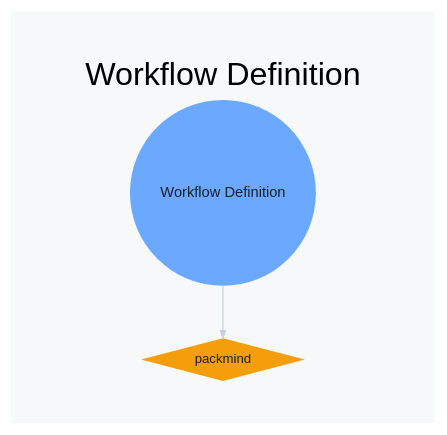
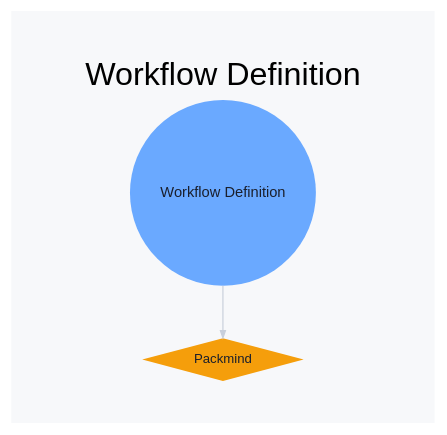
The diagram in snapshots/2026-04-09/segments/workflow-definition.dot (danielrosehill/Agentic-AI-Ecosystem), drawn with Graphviz before and after one commit. The commit also changed 272 other files, not shown here.

```diff
--- a/snapshots/2026-04-09/segments/workflow-definition.dot
+++ b/snapshots/2026-04-09/segments/workflow-definition.dot
@@ -1,8 +1,8 @@
 digraph G {
   graph [layout=dot, overlap=false, splines=true, bgcolor="#f7f8fa", fontname="Helvetica", labelloc="t", label="Workflow Definition", fontsize=22, pad=0.4];
   node [fontname="Helvetica", style="filled", penwidth=0, fontcolor="#1a1f2c"];
   edge [color="#c8cfdb", arrowsize=0.5, penwidth=0.8];
   "cat:workflow-definition" [label="Workflow Definition", shape=circle, fillcolor="#6aa9ff", width=0.57, height=0.57, fontsize=10, tooltip="Tools and DSLs for authoring agent workflows as first-class, portable artifacts."];
-  "proj:packmind" [label="packmind", shape=diamond, fillcolor="#f59e0b", width=0.40, height=0.40, fontsize=9, tooltip="https://github.com/PackmindHub/packmind", URL="https://github.com/PackmindHub/packmind"];
+  "proj:packmind" [label="Packmind", shape=diamond, fillcolor="#f59e0b", width=0.40, height=0.40, fontsize=9, tooltip="https://github.com/PackmindHub/packmind", URL="https://github.com/PackmindHub/packmind"];
   "cat:workflow-definition" -> "proj:packmind";
 }
```
